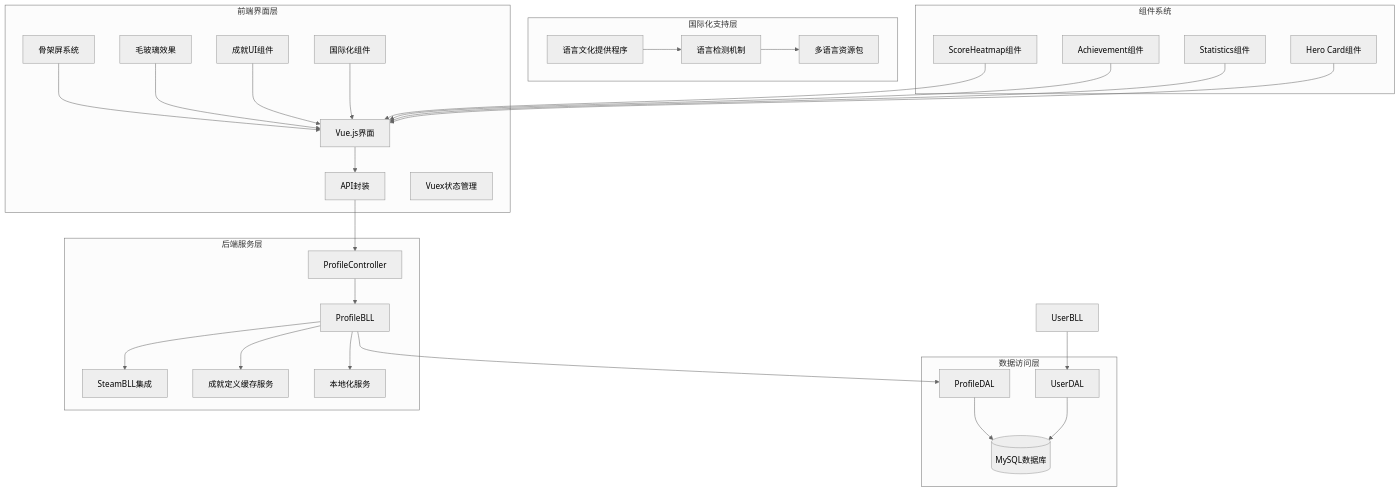
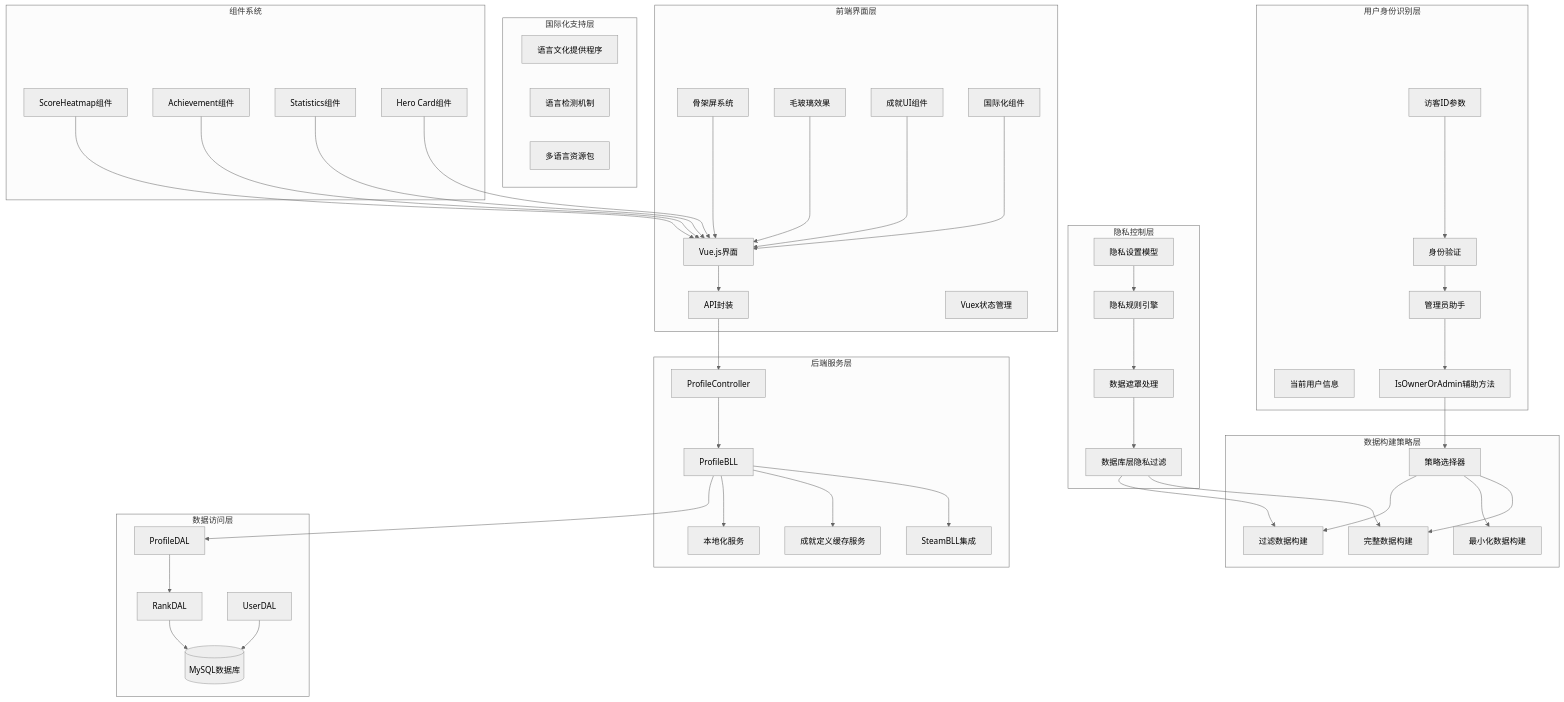
Before and after one commit to TinyMaD/SpeedRunnersLab: the first of 32 diagrams in .qoder/repowiki/zh/content/后端 API 服务/用户管理模块/个人资料系统.md, drawn with Mermaid (neutral theme). The commit also changed other lines of this file and 29 other files, not shown here.

````diff
--- a/.qoder/repowiki/zh/content/后端 API 服务/用户管理模块/个人资料系统.md
+++ b/.qoder/repowiki/zh/content/后端 API 服务/用户管理模块/个人资料系统.md
@@ -75,5 +80,24 @@
 ```mermaid
 graph TB
+subgraph "用户身份识别层"
+VisitorId[访客ID参数]
+CurrentUser[当前用户信息]
+IdentityCheck[身份验证]
+AdminHelper[管理员助手]
+IsOwnerOrAdmin[IsOwnerOrAdmin辅助方法]
+end
+subgraph "数据构建策略层"
+FullData[完整数据构建]
+MinimalData[最小化数据构建]
+FilteredData[过滤数据构建]
+StrategySwitch[策略选择器]
+end
+subgraph "隐私控制层"
+PrivacySettings[隐私设置模型]
+PrivacyRules[隐私规则引擎]
+DataMasking[数据遮罩处理]
+DatabaseLayer[数据库层隐私过滤]
+end
 subgraph "国际化支持层"
 LocaleProvider[语言文化提供程序]
 LangDetector[语言检测机制]
@@ -96,7 +120,8 @@
 Localizer[本地化服务]
 end
 subgraph "数据访问层"
-DAL[ProfileDAL]
+ProfileDAL[ProfileDAL]
+RankDAL[RankDAL]
 UserDAL[UserDAL]
 DB[(MySQL数据库)]
 end
@@ -106,17 +131,27 @@
 Stats[Statistics组件]
 Hero[Hero Card组件]
 end
-LocaleProvider --> LangDetector
-LangDetector --> LangPacks
+VisitorId --> IdentityCheck
+IdentityCheck --> AdminHelper
+AdminHelper --> IsOwnerOrAdmin
+IsOwnerOrAdmin --> StrategySwitch
+StrategySwitch --> FullData
+StrategySwitch --> MinimalData
+StrategySwitch --> FilteredData
+PrivacySettings --> PrivacyRules
+PrivacyRules --> DataMasking
+DataMasking --> DatabaseLayer
+DatabaseLayer --> FullData
+DatabaseLayer --> FilteredData
 UI --> API
 API --> Controller
 Controller --> BLL
 BLL --> SteamBLL
 BLL --> AchievementSchemaService
 BLL --> Localizer
-BLL --> DAL
-UserBLL --> UserDAL
-DAL --> DB
+BLL --> ProfileDAL
+ProfileDAL --> RankDAL
+RankDAL --> DB
 UserDAL --> DB
 AchievementUI --> UI
 Skeleton --> UI
````
